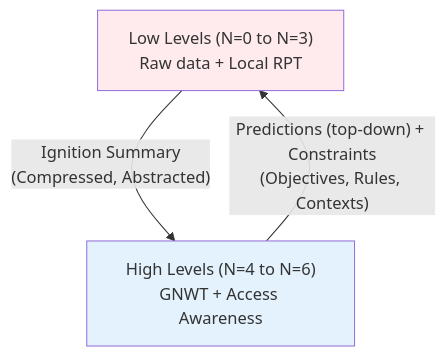
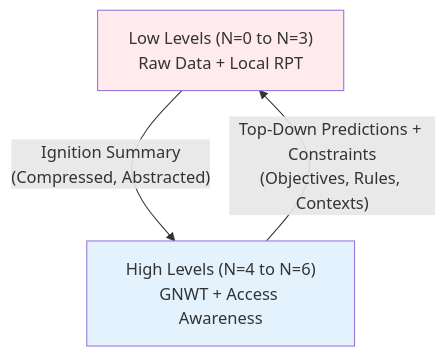
The first of 6 diagrams in architecture/architecture.md (AlainCo/GNWT-Garrigue-X-en), drawn with Mermaid before and after one commit. The commit also changed other lines of this file and 21 other files, not shown here.

````diff
--- a/architecture/architecture.md
+++ b/architecture/architecture.md
@@ -5,12 +3,12 @@
 ```mermaid
 flowchart TD
     direction TB
 
-    Bas["Low Levels (N=0 to N=3)\nRaw data + Local RPT"] 
-    -->|"Ignition Summary\n(Compressed, Abstracted)"| Haut["High Levels (N=4 to N=6)\nGNWT + Access Awareness"]
+    Low["Low Levels (N=0 to N=3)\nRaw Data + Local RPT"] -->
+    |"Ignition Summary\n(Compressed, Abstracted)"| High["High Levels (N=4 to N=6)\nGNWT + Access Awareness"]
 
-    Haut -->|"Predictions (top-down) + Constraints\n(Objectives, Rules, Contexts)"| Bas
+    High -->|"Top-Down Predictions + Constraints\n(Objectives, Rules, Contexts)"| Low
 
-    style Bas fill:#ffebee
-    style Haut fill:#e3f2fd
+    style Low fill:#ffebee
+    style High fill:#e3f2fd
 ```
````
